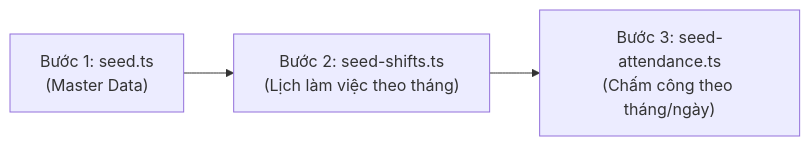
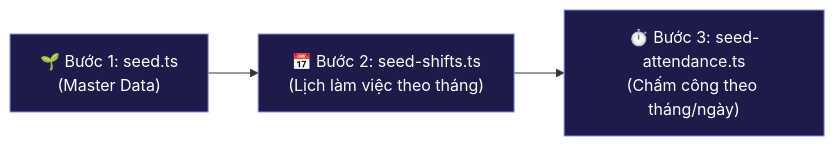
One commit to anh1303/SmartFace-AIoT-Based-Staff-Management-Attendance-System changed the second of 2 diagrams in backend/prisma/README.md. Above: the diagram before and after it, drawn with Mermaid. The commit also changed other lines of this file and 3 other files, not shown here.

````diff
--- a/backend/prisma/README.md
+++ b/backend/prisma/README.md
@@ -74,5 +276,9 @@
 ```mermaid
 flowchart LR
-    A["Bước 1: seed.ts<br/>(Master Data)"] --> B["Bước 2: seed-shifts.ts<br/>(Lịch làm việc theo tháng)"]
-    B --> C["Bước 3: seed-attendance.ts<br/>(Chấm công theo tháng/ngày)"]
+    A["🌱 Bước 1: seed.ts<br/>(Master Data)"] --> B["📅 Bước 2: seed-shifts.ts<br/>(Lịch làm việc theo tháng)"]
+    B --> C["⏱️ Bước 3: seed-attendance.ts<br/>(Chấm công theo tháng/ngày)"]
+    
+    style A fill:#1e1b4b,stroke:#818cf8,color:#fff
+    style B fill:#1e1b4b,stroke:#818cf8,color:#fff
+    style C fill:#1e1b4b,stroke:#818cf8,color:#fff
 ```
````
